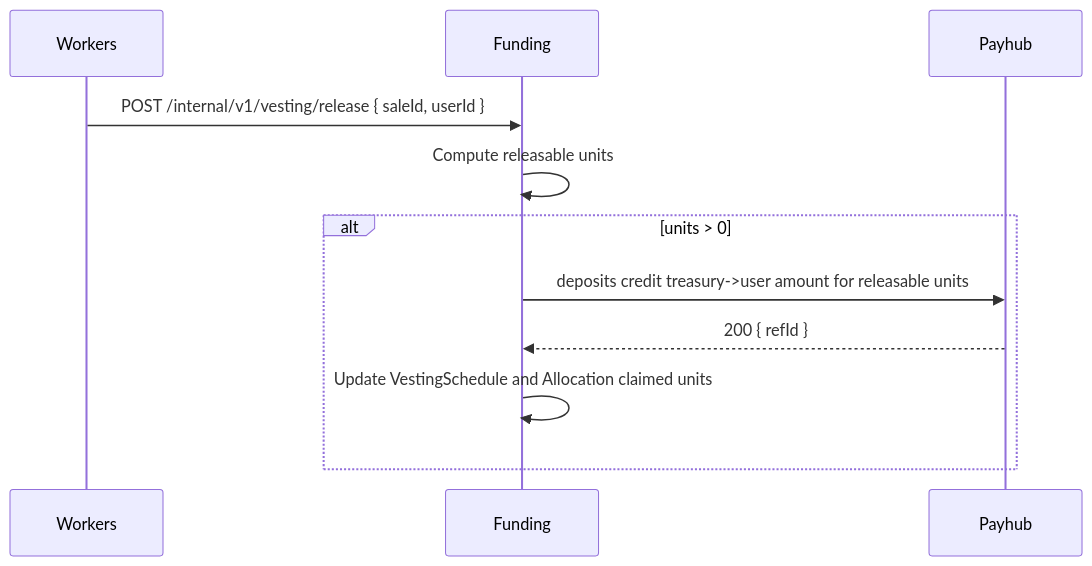
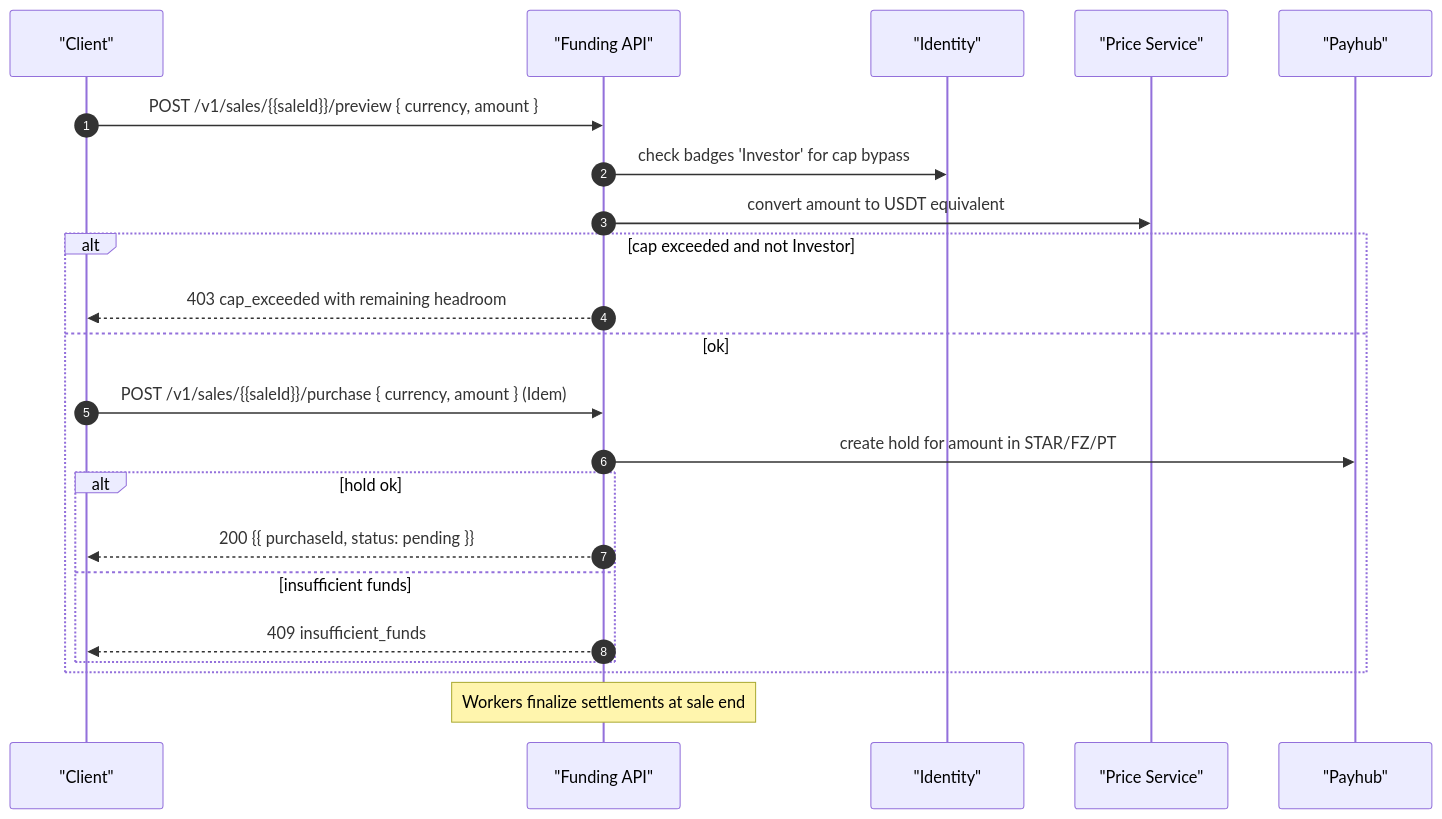
One commit to fuzeac/fuze-telegram-mini-app changed the third of 5 diagrams in miniapp-funding-service.md. Above: the diagram before and after it, drawn with Mermaid. The commit also changed other lines of this file, not shown here.

````diff
--- a/miniapp-funding-service.md
+++ b/miniapp-funding-service.md
@@ -110,13 +136,24 @@
 ```mermaid
 sequenceDiagram
-participant WRK as Workers
-participant FUN as Funding
-participant PAY as Payhub
-WRK->>FUN: POST /internal/v1/vesting/release { saleId, userId }
-FUN->>FUN: Compute releasable units
-alt units > 0
-  FUN->>PAY: deposits credit treasury->user amount for releasable units
-  PAY-->>FUN: 200 { refId }
-  FUN->>FUN: Update VestingSchedule and Allocation claimed units
-end
+  autonumber
+  participant UI as "Client"
+  participant FN as "Funding API"
+  participant ID as "Identity"
+  participant PR as "Price Service"
+  participant PY as "Payhub"
+  UI->>FN: POST /v1/sales/{{saleId}}/preview { currency, amount }
+  FN->>ID: check badges 'Investor' for cap bypass
+  FN->>PR: convert amount to USDT equivalent
+  alt cap exceeded and not Investor
+    FN-->>UI: 403 cap_exceeded with remaining headroom
+  else ok
+    UI->>FN: POST /v1/sales/{{saleId}}/purchase { currency, amount } (Idem)
+    FN->>PY: create hold for amount in STAR/FZ/PT
+    alt hold ok
+      FN-->>UI: 200 {{ purchaseId, status: pending }}
+    else insufficient funds
+      FN-->>UI: 409 insufficient_funds
+    end
+  end
+  Note over FN: Workers finalize settlements at sale end
 ```
````
